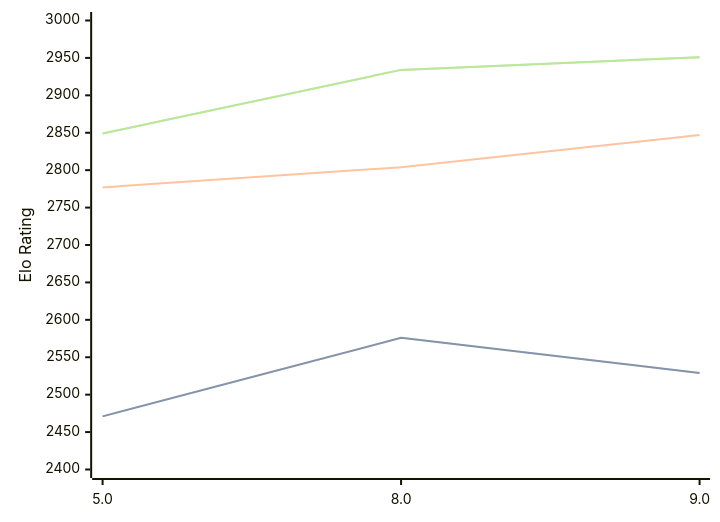
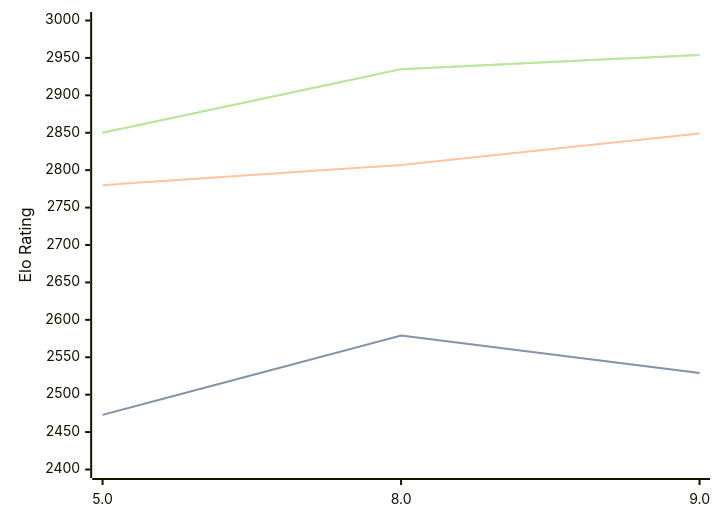
Before and after one commit to computer-chess-index/cci: the diagram in engines/4kc.md, drawn with Mermaid. The commit also changed other lines of this file, not shown here.

Commit message:
Update CCI Ratings (ELO VLTC) - 2026-08-09

````diff
--- a/engines/4kc.md
+++ b/engines/4kc.md
@@ -33,11 +33,11 @@
 ```mermaid
 %%{init: {"theme":"base","themeVariables":{"seriesColors:['#a3a3a3','#222221','#faa371']}}}%%
 xychart-beta
   x-axis ["5.0", "8.0", "9.0"]
   y-axis "Elo Rating" 2400 --> 3000
-  line "STC (8.0+0.08s)" [2471, 2576, 2529]
-  line "STC (8.0+0.08s)" [2471, 2576, 2529]
-  line "LTC (60.0+0.60s)" [2777, 2804, 2847]
-  line "VLTC (2m24s+1.12s)" [2849, 2934, 2951]
-  line "VLTC (2m24s+1.12s)" [2849, 2934, 2951]
+  line "STC (8.0+0.08s)" [2473, 2579, 2529]
+  line "STC (8.0+0.08s)" [2473, 2579, 2529]
+  line "LTC (60.0+0.60s)" [2780, 2807, 2849]
+  line "VLTC (2m24s+1.12s)" [2850, 2935, 2954]
+  line "VLTC (2m24s+1.12s)" [2850, 2935, 2954]
 ```
````
